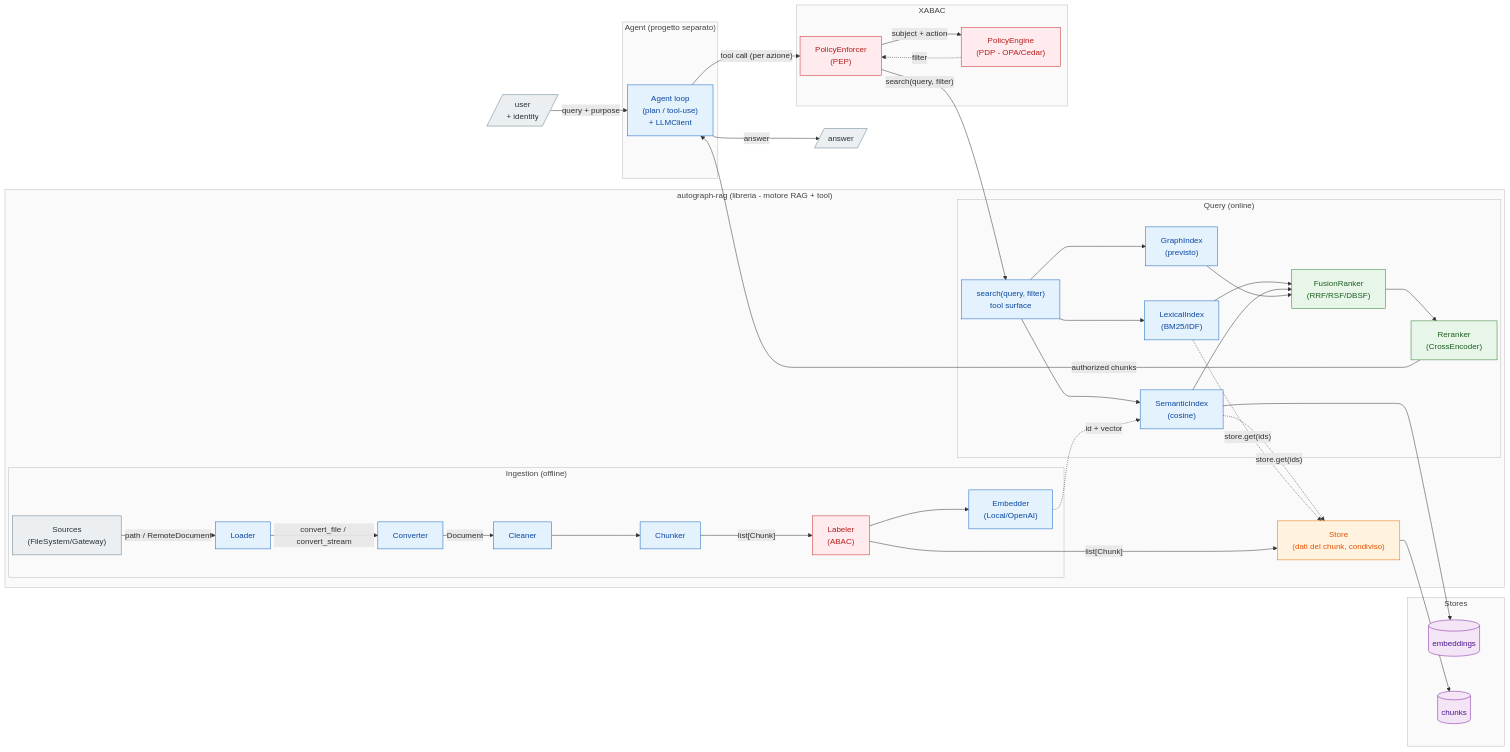
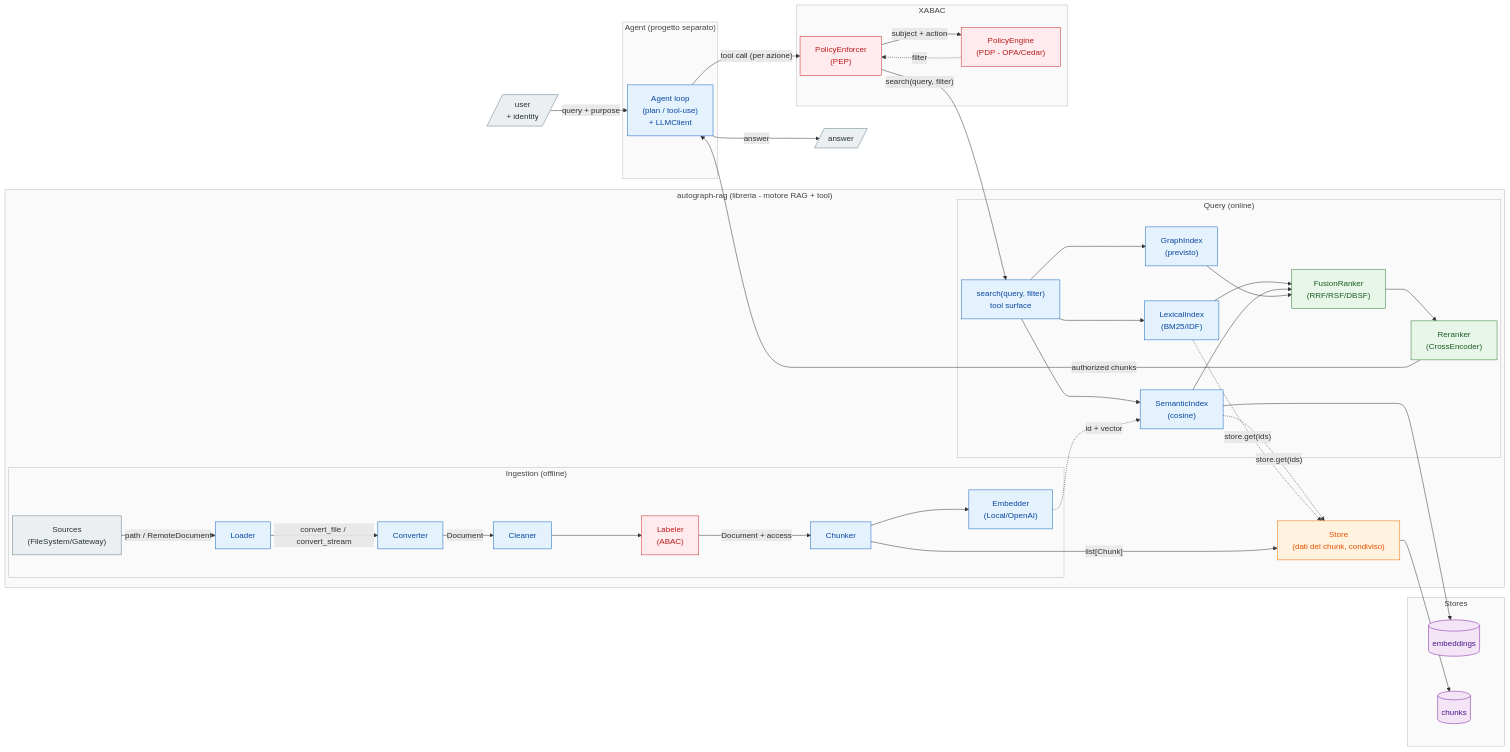
One commit to DavideFricano/autograph-rag changed the first of 2 diagrams in docs/roadmap-sources-abac.md. Above: the diagram before and after it, drawn with Mermaid. The commit also changed other lines of this file and 22 other files, not shown here.

```diff
--- a/docs/roadmap-sources-abac.md
+++ b/docs/roadmap-sources-abac.md
@@ -77,9 +87,9 @@
         SRC -->|"path / RemoteDocument"| LOAD
         LOAD -->|"convert_file / convert_stream"| CONV
         CONV -->|"Document"| CL
-        CL --> CH
-        CH -->|"list[Chunk]"| TAG
-        TAG --> EMB
+        CL --> TAG
+        TAG -->|"Document + access"| CH
+        CH --> EMB
     end
     subgraph QRY["Query (online)"]
         SEARCH["search(query, filter)<br>tool surface"]:::step
@@ -122,7 +132,7 @@
     BM -.->|"store.get(ids)"| ST
     RR -->|"authorized chunks"| LOOP
     LOOP -->|"answer"| answer
-    TAG -->|"list[Chunk]"| ST
+    CH -->|"list[Chunk]"| ST
     EMB -.->|"id + vector"| VR
     ST --> RDB
     VR --> VDB
```
